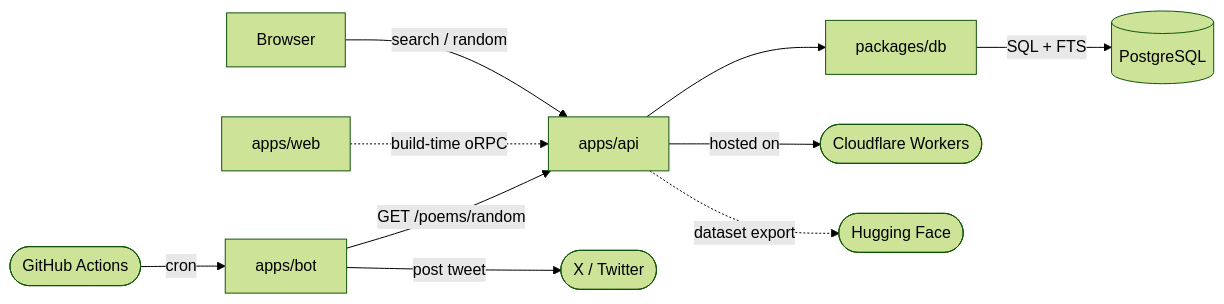
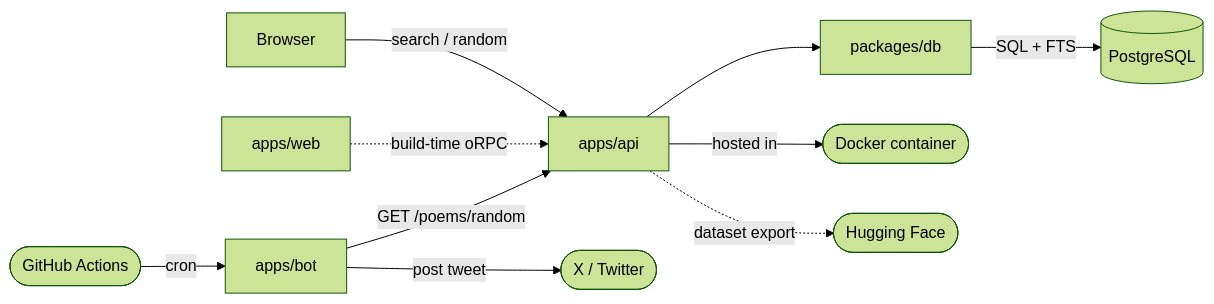
One commit to Klomgor/qafiyah changed the second of 2 diagrams in README.md. Above: the diagram before and after it, drawn with Mermaid (forest theme). The commit also changed other lines of this file and 2 other files, not shown here.

Commit message:
docs: describe Bun/Docker API deploy, drop Cloudflare

````diff
--- a/README.md
+++ b/README.md
@@ -186,12 +186,12 @@
 ```mermaid
 graph LR
   BROWSER["Browser"] -->|"search / random"| API["apps/api"]
   WEB["apps/web"] -.->|"build-time oRPC"| API
   API --> DB["packages/db"]
   DB -->|"SQL + FTS"| PG[("PostgreSQL")]
-  API -->|"hosted on"| CF(["Cloudflare Workers"])
+  API -->|"hosted in"| CF(["Docker container"])
   GHA(["GitHub Actions"]) -->|"cron"| BOT["apps/bot"]
   BOT -->|"GET /poems/random"| API
   BOT -->|"post tweet"| TW(["X / Twitter"])
   API -.->|"dataset export"| HF(["Hugging Face"])
 ```
````
